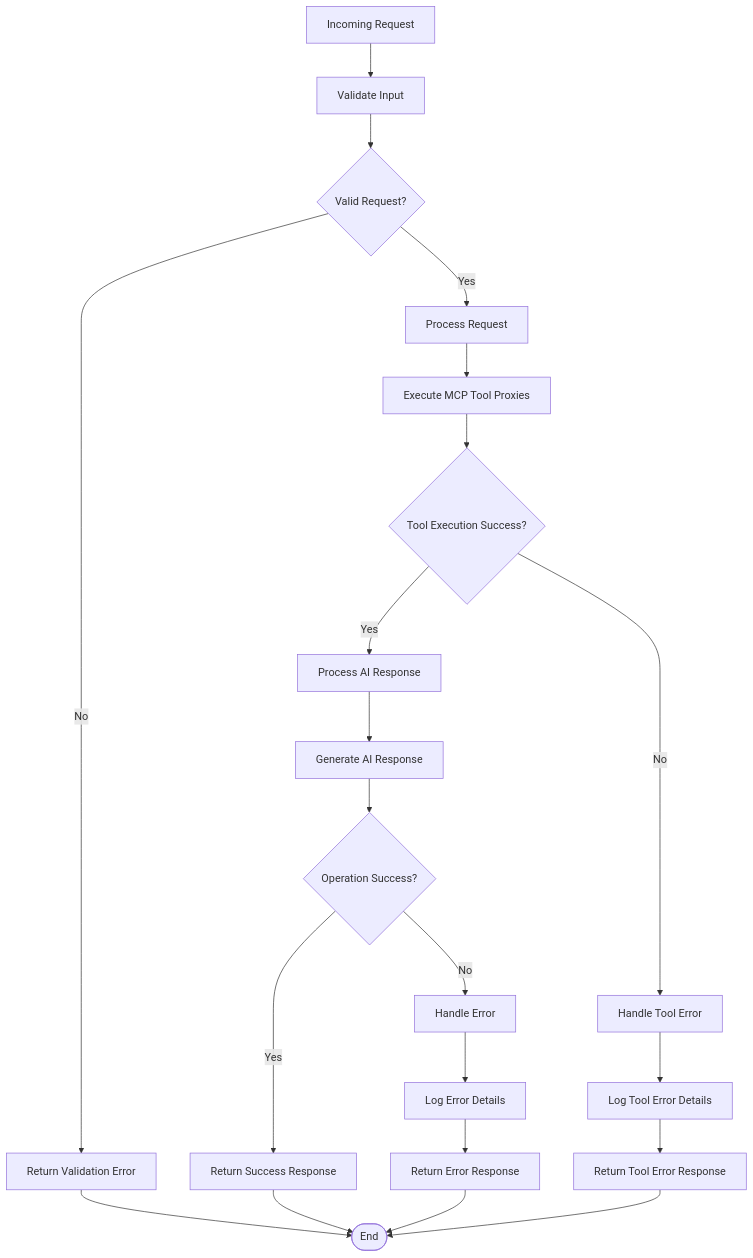
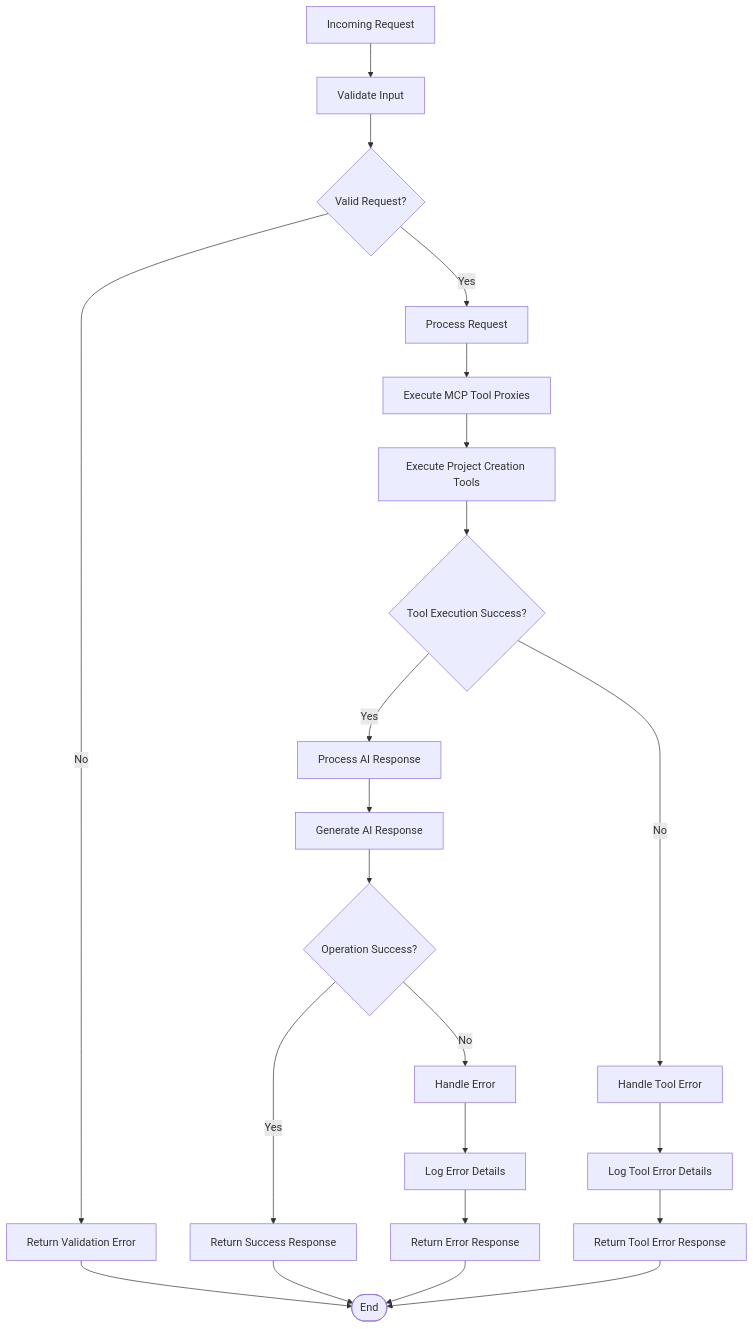
Before and after one commit to siimliimand/laravel-assistant: diagram 24 of 25 in .qoder/repowiki/en/content/AI Integration System/Agent System/DevBot AI Agent System.md, drawn with Mermaid. The commit also changed other lines of this file and 3 other files, not shown here.

First line of the commit message:
feat(devbot): add comprehensive project creation capabilities and expand MCP tool suite

````diff
--- a/.qoder/repowiki/en/content/AI Integration System/Agent System/DevBot AI Agent System.md
+++ b/.qoder/repowiki/en/content/AI Integration System/Agent System/DevBot AI Agent System.md
@@ -785,23 +1118,24 @@
 ```mermaid
 flowchart TD
 Request[Incoming Request] --> Validate[Validate Input]
 Validate --> ValidRequest{Valid Request?}
 ValidRequest --> |No| ValidationError[Return Validation Error]
 ValidRequest --> |Yes| ProcessRequest[Process Request]
 ProcessRequest --> ExecuteTools["Execute MCP Tool Proxies"]
-ExecuteTools --> ToolSuccess{Tool Execution Success?}
+ExecuteTools --> ExecuteProjectTools["Execute Project Creation Tools"]
+ExecuteProjectTools --> ToolSuccess{Tool Execution Success?}
 ToolSuccess --> |Yes| ProcessAI[Process AI Response]
 ToolSuccess --> |No| ToolError[Handle Tool Error]
 ToolError --> LogToolError[Log Tool Error Details]
 LogToolError --> ReturnToolError[Return Tool Error Response]
 ProcessAI --> AIResponse[Generate AI Response]
 AIResponse --> Success{Operation Success?}
 Success --> |Yes| ReturnSuccess[Return Success Response]
 Success --> |No| HandleError[Handle Error]
 HandleError --> LogError[Log Error Details]
 LogError --> ReturnError[Return Error Response]
 ValidationError --> End([End])
 ReturnSuccess --> End
 ReturnError --> End
 ReturnToolError --> End
 ```
````
